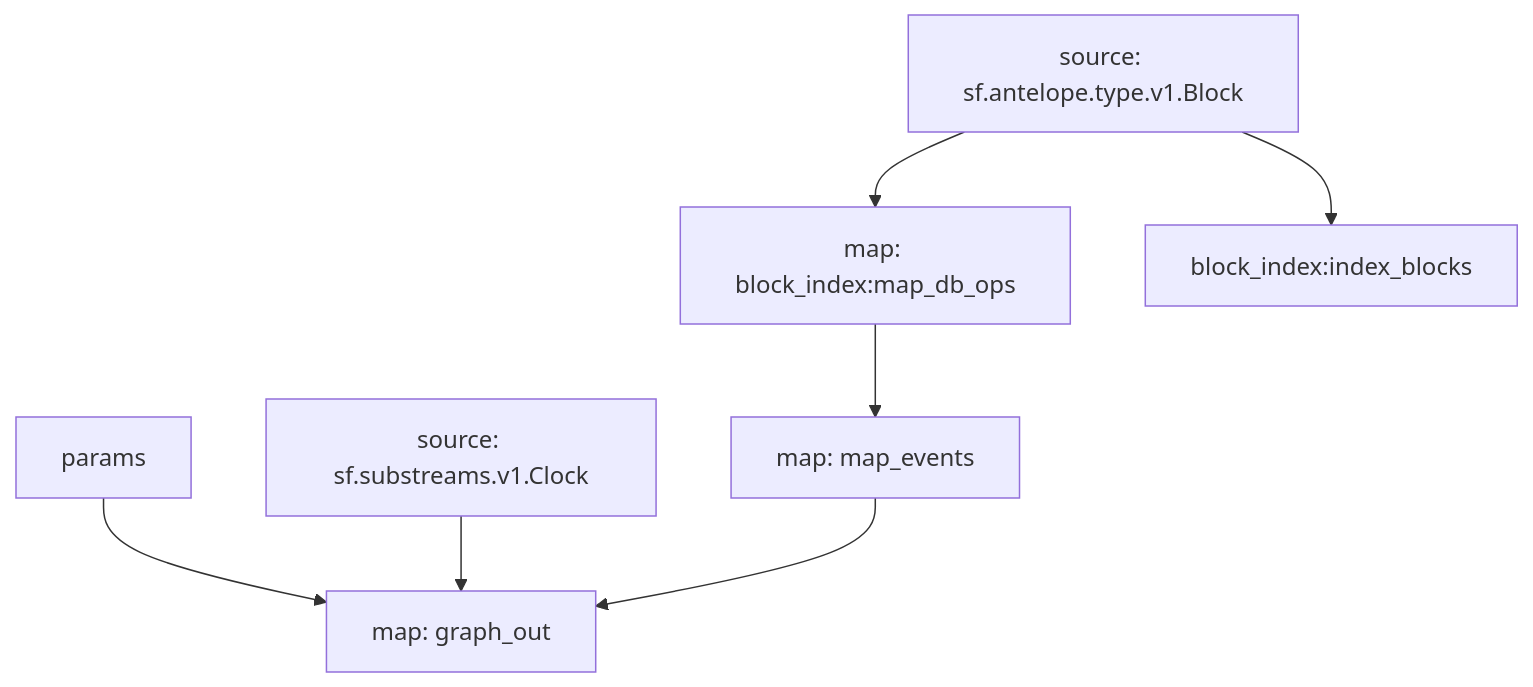
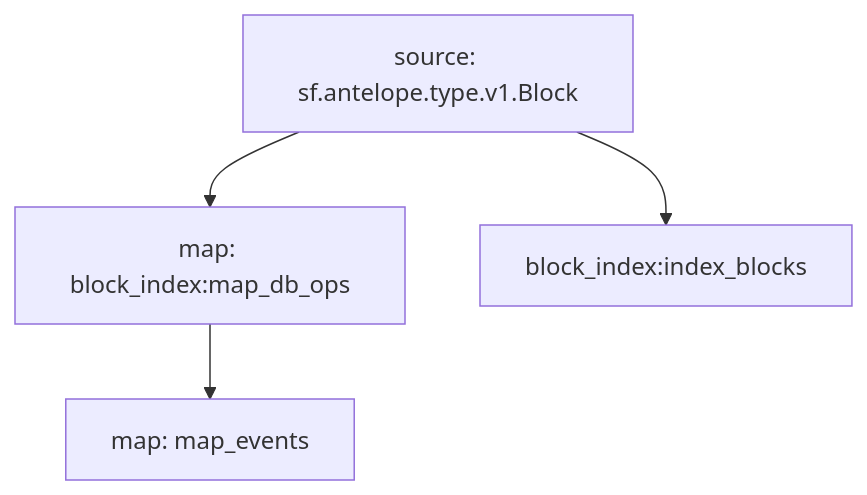
Before and after one commit to pinax-network/subgraph-antelope-tokens: the diagram in antelope-tokens-events/README.md, drawn with Mermaid. The commit also changed other lines of this file and 4 other files, not shown here.

````diff
--- a/antelope-tokens-events/README.md
+++ b/antelope-tokens-events/README.md
@@ -23,12 +10,8 @@
 ```mermaid
 graph TD;
   map_events[map: map_events];
   block_index:map_db_ops --> map_events;
-  graph_out[map: graph_out];
-  graph_out:params[params] --> graph_out;
-  sf.substreams.v1.Clock[source: sf.substreams.v1.Clock] --> graph_out;
-  map_events --> graph_out;
   sf.antelope.type.v1.Block[source: sf.antelope.type.v1.Block] --> block_index:index_blocks;
   block_index:map_db_ops[map: block_index:map_db_ops];
   sf.antelope.type.v1.Block[source: sf.antelope.type.v1.Block] --> block_index:map_db_ops;
 ```
````
